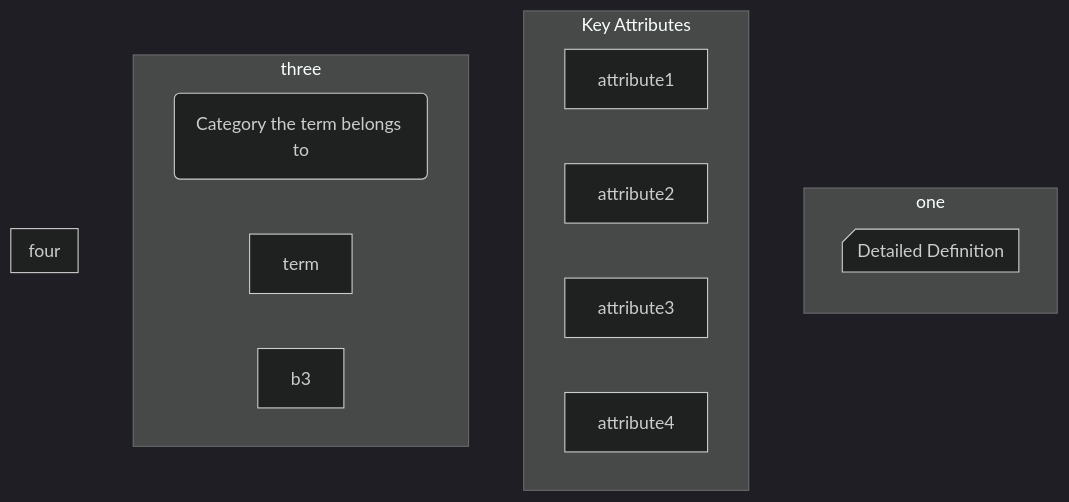
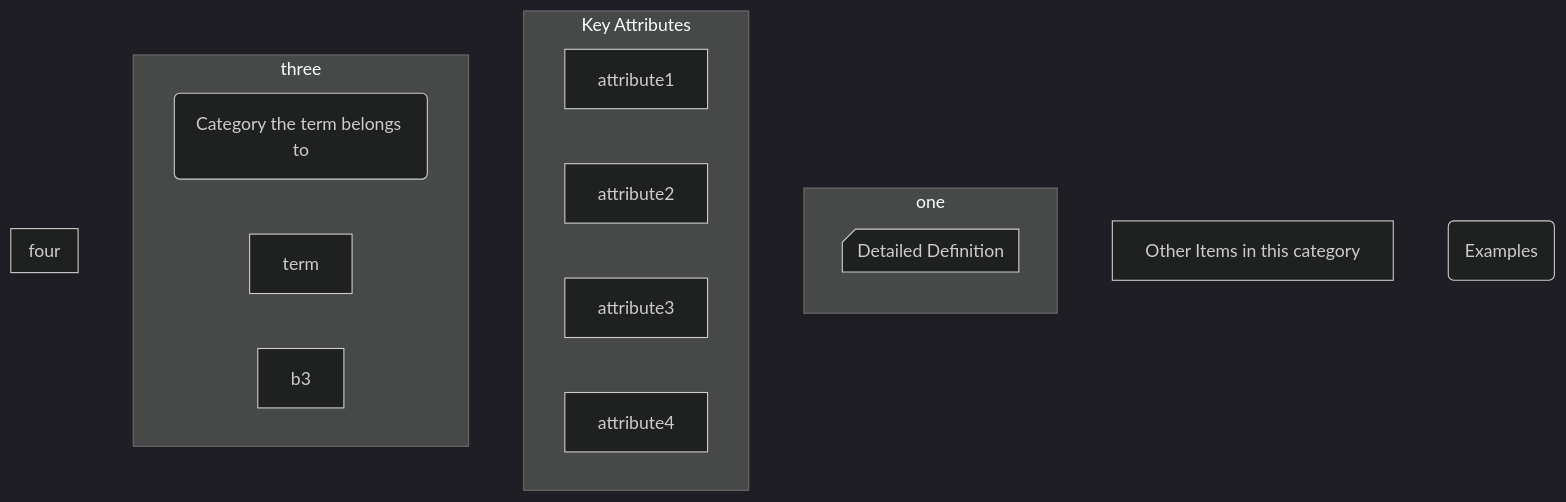
Before and after one commit to gerbssusd/dok: the diagram in slides.md, drawn with Mermaid (dark theme).

````diff
--- a/slides.md
+++ b/slides.md
@@ -217,30 +217,31 @@
 ```mermaid
 flowchart TB
-  
+      c1[Other Items in this category] 
+    c2(Examples)
     subgraph one 
      direction TB
     a1@{ shape: card, label: Detailed Definition}
      end
     subgraph Key Attributes
      d1[attribute1]
      d2[attribute2]
      d3[attribute3]
      d4[attribute4]
      end
     subgraph three
       direction LR
         b1(Category the term belongs to)
         b2[term]
         b3 
         end
     subgraph four
       direction LR
 
     end
 
 
 
 
 
 
 ```
````
